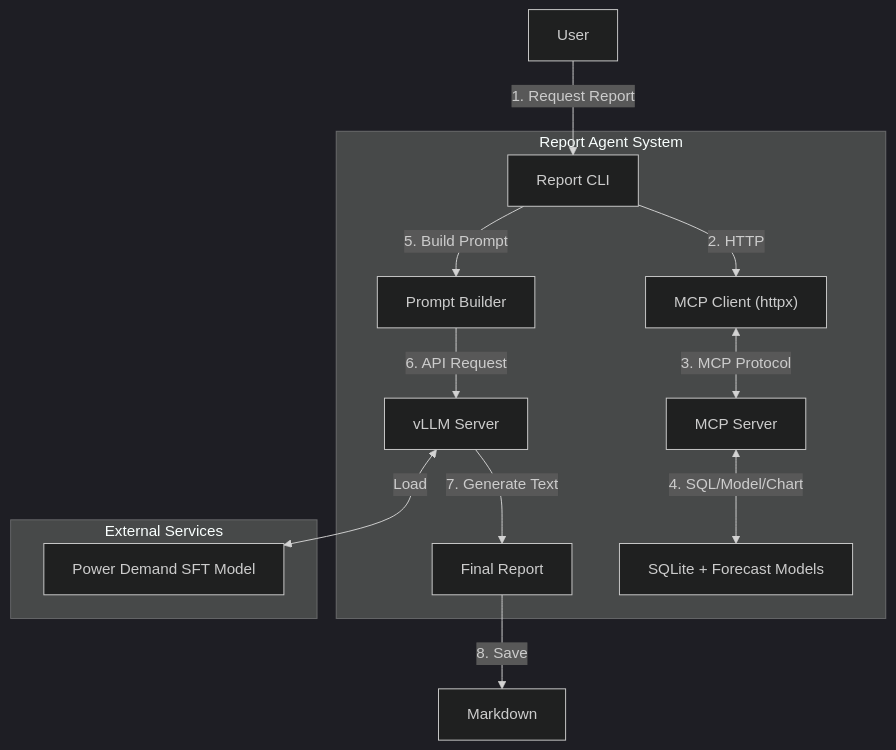
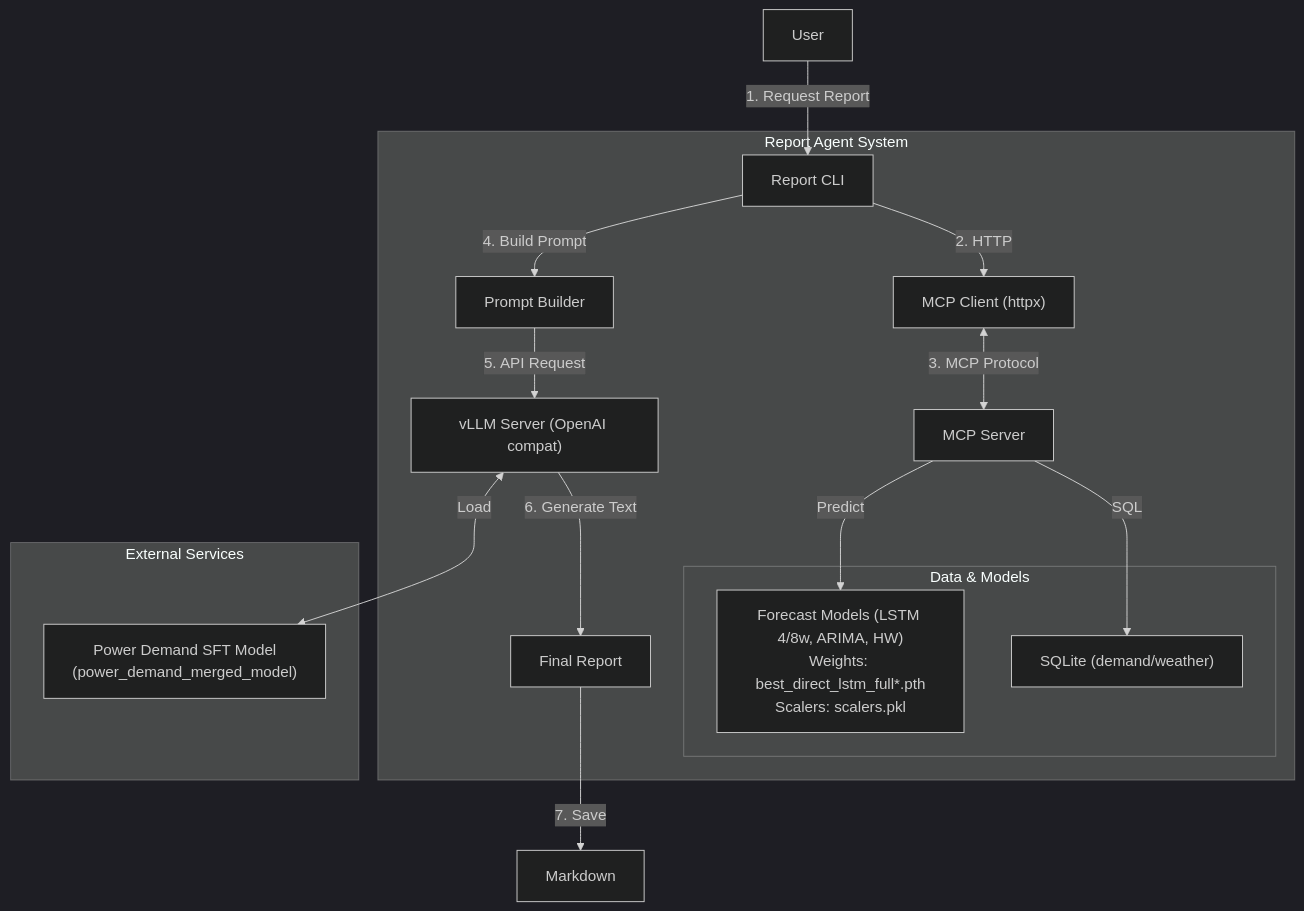
Before and after one commit to zongseung/De-Qwen-SFT: the diagram in report_agent/README.md, drawn with Mermaid (dark theme).

````diff
--- a/report_agent/README.md
+++ b/report_agent/README.md
@@ -9,20 +9,27 @@
 ```mermaid
 graph TD
     User["User"] -->|1. Request Report| CLI["Report CLI"]
 
     subgraph "Report Agent System"
         CLI -->|2. HTTP| MCPClient["MCP Client (httpx)"]
         MCPClient <-->|3. MCP Protocol| MCPServer["MCP Server"]
-        MCPServer <-->|4. SQL/Model/Chart| DB["SQLite + Forecast Models"]
 
-        CLI -->|5. Build Prompt| Prompt["Prompt Builder"]
-        Prompt -->|6. API Request| vLLM["vLLM Server"]
-        vLLM -->|7. Generate Text| Report["Final Report"]
+        subgraph "Data & Models"
+            DB["SQLite (demand/weather)"]
+            ForecastModels["Forecast Models (LSTM 4/8w, ARIMA, HW)\nWeights: best_direct_lstm_full*.pth\nScalers: scalers.pkl"]
+        end
+
+        MCPServer -->|SQL| DB
+        MCPServer -->|Predict| ForecastModels
+
+        CLI -->|4. Build Prompt| Prompt["Prompt Builder"]
+        Prompt -->|5. API Request| vLLM["vLLM Server (OpenAI compat)"]
+        vLLM -->|6. Generate Text| Report["Final Report"]
     end
 
     subgraph "External Services"
-        vLLM <-->|Load| Model["Power Demand SFT Model"]
+        vLLM <-->|Load| SFT["Power Demand SFT Model\n(power_demand_merged_model)"]
     end
 
-    Report -->|8. Save| Markdown["Markdown"]
+    Report -->|7. Save| Markdown["Markdown"]
 ```
````
